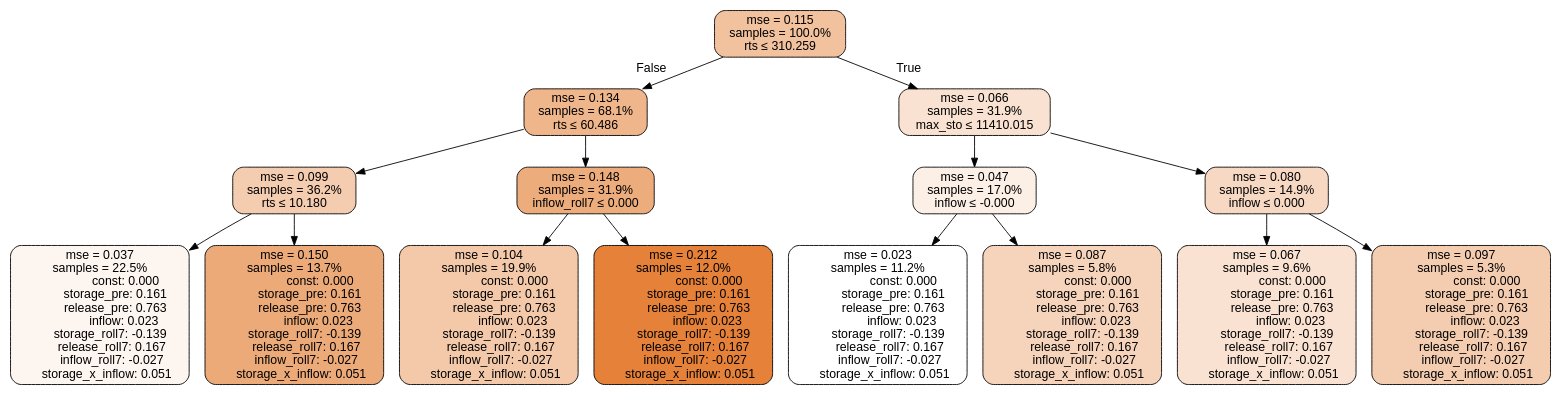
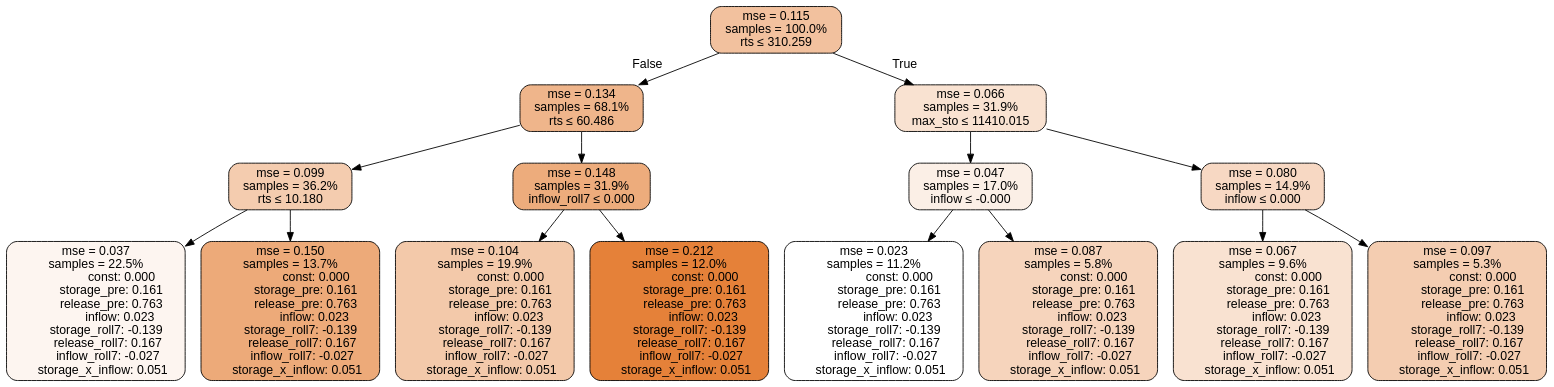
One commit to lcford2/predict-release changed the diagram in results/tclr_spatial_eval/all/TD3_RT_MS_0.75_44/tree.dot. Above: the diagram before and after it, drawn with Graphviz.

Commit message:
made tree with correct display routine

```diff
--- a/results/tclr_spatial_eval/all/TD3_RT_MS_0.75_44/tree.dot
+++ b/results/tclr_spatial_eval/all/TD3_RT_MS_0.75_44/tree.dot
@@ -1,120 +1,121 @@
 digraph tree {
+bgcolor="transparent"
 node [shape=rectangle, style="filled, rounded", color="black", fontname=helvetica] ;
 edge [fontname=helvetica] ;
 	"0" [label="mse = 0.115
 samples = 100.0%
 rts &le; 310.259", fillcolor="#f2c19e"]
 	"1" [label="mse = 0.134
 samples = 68.1%
 rts &le; 60.486", fillcolor="#efb58b"]
 	"2" [label="mse = 0.099
 samples = 36.2%
 rts &le; 10.180", fillcolor="#f4ccaf"]
 	"3" [label="mse = 0.037
 samples = 22.5%
                 const: 0.000
           storage_pre: 0.161
           release_pre: 0.763
                inflow: 0.023
        storage_roll7: -0.139
         release_roll7: 0.167
         inflow_roll7: -0.027
      storage_x_inflow: 0.051", fillcolor="#fdf5f0"]
 	"4" [label="mse = 0.150
 samples = 13.7%
                 const: 0.000
           storage_pre: 0.161
           release_pre: 0.763
                inflow: 0.023
        storage_roll7: -0.139
         release_roll7: 0.167
         inflow_roll7: -0.027
      storage_x_inflow: 0.051", fillcolor="#edaa79"]
 	"5" [label="mse = 0.148
 samples = 31.9%
 inflow_roll7 &le; 0.000", fillcolor="#edac7c"]
 	"6" [label="mse = 0.104
 samples = 19.9%
                 const: 0.000
           storage_pre: 0.161
           release_pre: 0.763
                inflow: 0.023
        storage_roll7: -0.139
         release_roll7: 0.167
         inflow_roll7: -0.027
      storage_x_inflow: 0.051", fillcolor="#f3c9aa"]
 	"7" [label="mse = 0.212
 samples = 12.0%
                 const: 0.000
           storage_pre: 0.161
           release_pre: 0.763
                inflow: 0.023
        storage_roll7: -0.139
         release_roll7: 0.167
         inflow_roll7: -0.027
      storage_x_inflow: 0.051", fillcolor="#e58139"]
 	"8" [label="mse = 0.066
 samples = 31.9%
 max_sto &le; 11410.015", fillcolor="#f9e2d1"]
 	"9" [label="mse = 0.047
 samples = 17.0%
 inflow &le; -0.000", fillcolor="#fbefe6"]
 	"10" [label="mse = 0.023
 samples = 11.2%
                 const: 0.000
           storage_pre: 0.161
           release_pre: 0.763
                inflow: 0.023
        storage_roll7: -0.139
         release_roll7: 0.167
         inflow_roll7: -0.027
      storage_x_inflow: 0.051", fillcolor="#ffffff"]
 	"11" [label="mse = 0.087
 samples = 5.8%
                 const: 0.000
           storage_pre: 0.161
           release_pre: 0.763
                inflow: 0.023
        storage_roll7: -0.139
         release_roll7: 0.167
         inflow_roll7: -0.027
      storage_x_inflow: 0.051", fillcolor="#f6d4bc"]
 	"12" [label="mse = 0.080
 samples = 14.9%
 inflow &le; 0.000", fillcolor="#f7d8c3"]
 	"13" [label="mse = 0.067
 samples = 9.6%
                 const: 0.000
           storage_pre: 0.161
           release_pre: 0.763
                inflow: 0.023
        storage_roll7: -0.139
         release_roll7: 0.167
         inflow_roll7: -0.027
      storage_x_inflow: 0.051", fillcolor="#f9e2d1"]
 	"14" [label="mse = 0.097
 samples = 5.3%
                 const: 0.000
           storage_pre: 0.161
           release_pre: 0.763
                inflow: 0.023
        storage_roll7: -0.139
         release_roll7: 0.167
         inflow_roll7: -0.027
      storage_x_inflow: 0.051", fillcolor="#f4cdb1"]
 
 	"0" -> "1" [labeldistance=2.5, labelangle=45, headlabel="False"]
 	"1" -> "2"
 	"2" -> "3"
 	"2" -> "4"
 	"1" -> "5"
 	"5" -> "6"
 	"5" -> "7"
 	"0" -> "8" [labeldistance=2.5, labelangle=-45, headlabel="True"]
 	"8" -> "9"
 	"9" -> "10"
 	"9" -> "11"
 	"8" -> "12"
 	"12" -> "13"
 	"12" -> "14"
 }
```
